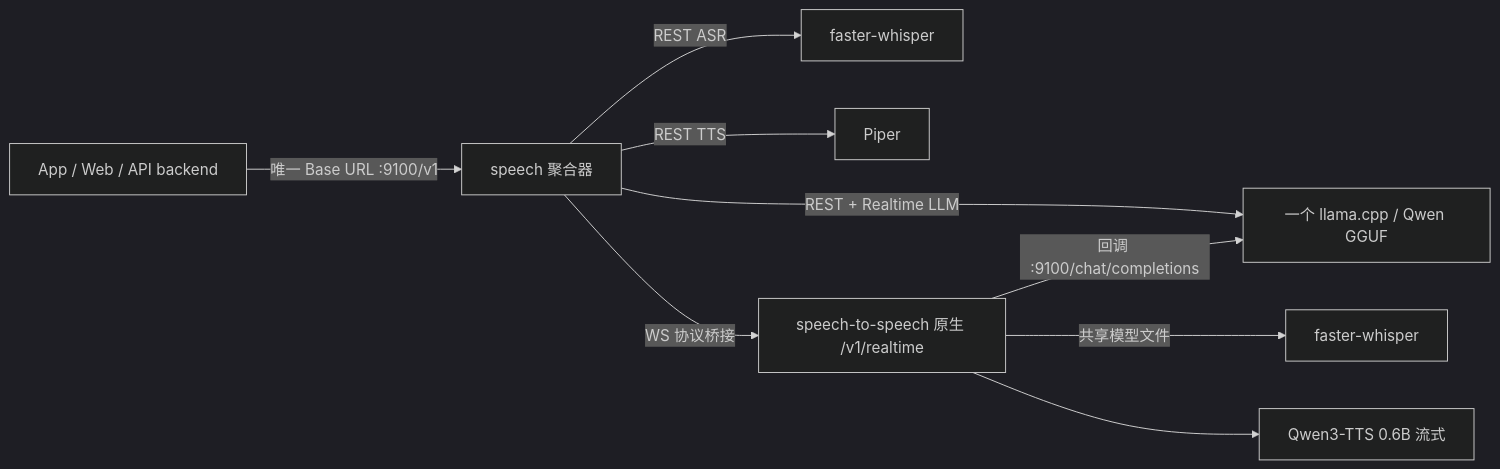
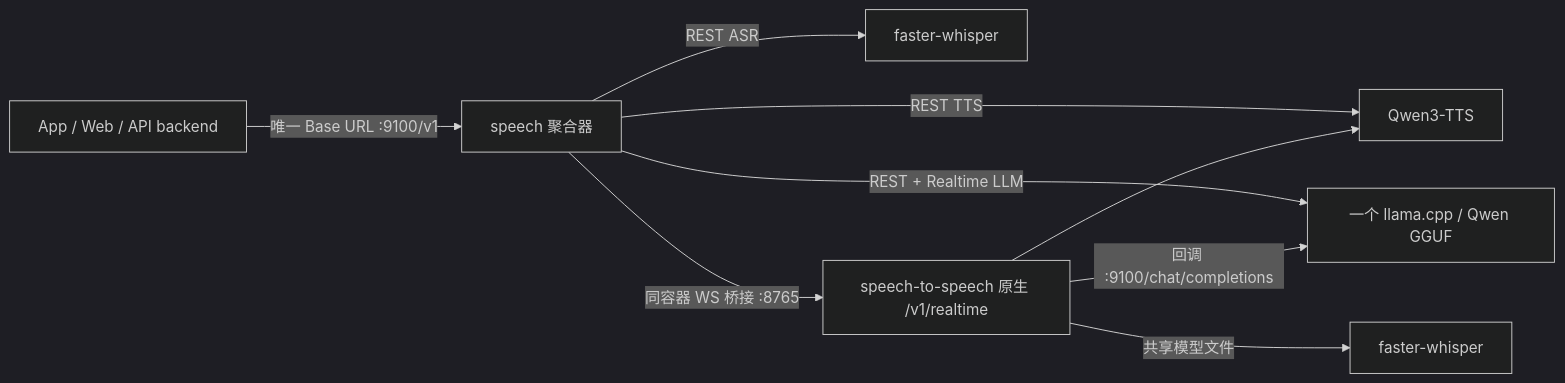
One commit to a125477365/realtalk changed the diagram in realtalkwork/speechserver/README.md. Above: the diagram before and after it, drawn with Mermaid (dark theme). The commit also changed other lines of this file and 21 other files, not shown here.

````diff
--- a/realtalkwork/speechserver/README.md
+++ b/realtalkwork/speechserver/README.md
@@ -16,11 +16,11 @@
 ```mermaid
 flowchart LR
   app["App / Web / API backend"] -->|"唯一 Base URL :9100/v1"| api["speech 聚合器"]
   api -->|"REST ASR"| fw1["faster-whisper"]
-  api -->|"REST TTS"| piper["Piper"]
+  api -->|"REST TTS"| qtts["Qwen3-TTS"]
   api -->|"REST + Realtime LLM"| gguf["一个 llama.cpp / Qwen GGUF"]
-  api -->|"WS 协议桥接"| s2s["speech-to-speech 原生 /v1/realtime"]
+  api -->|"同容器 WS 桥接 :8765"| s2s["speech-to-speech 原生 /v1/realtime"]
   s2s -->|"共享模型文件"| fw2["faster-whisper"]
   s2s -->|"回调 :9100/chat/completions"| gguf
-  s2s --> qtts["Qwen3-TTS 0.6B 流式"]
+  s2s --> qtts
 ```
````
